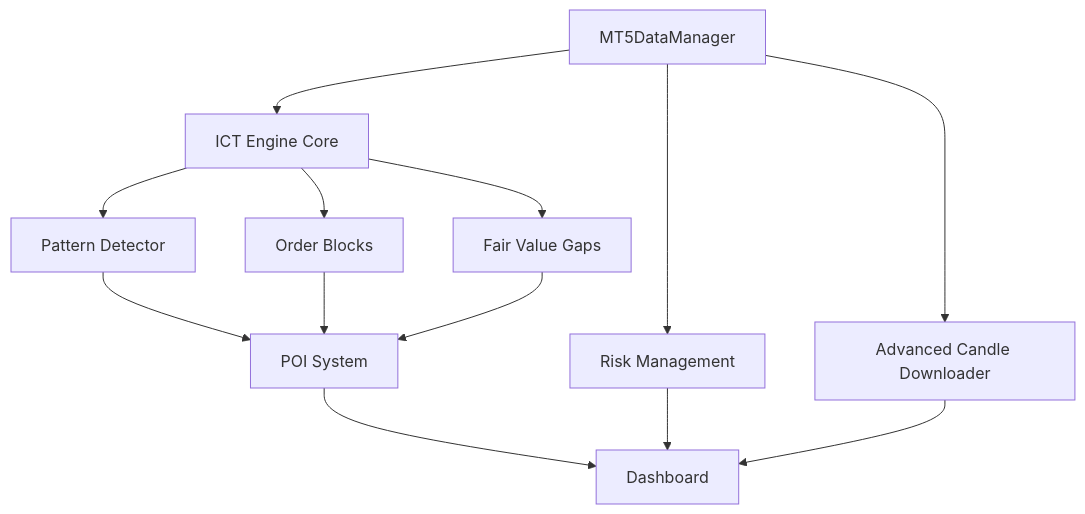
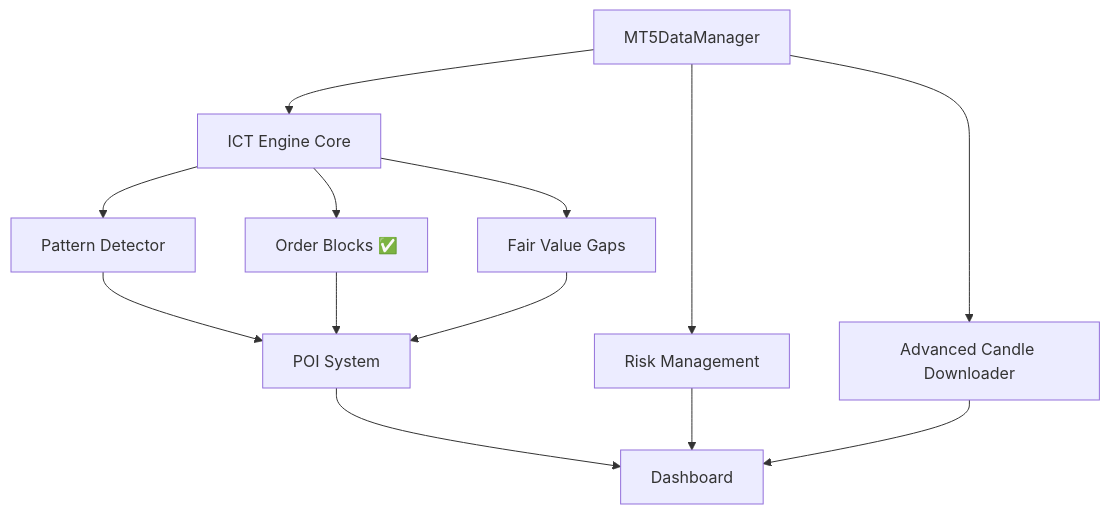
Before and after one commit to vjack666/ict-engine-v5: the diagram in ict-engine-v6.0-enterprise-sic/docs/01-getting-started/README.md, drawn with Mermaid. The commit also changed other lines of this file and 65 other files, not shown here.

````diff
--- a/ict-engine-v6.0-enterprise-sic/docs/01-getting-started/README.md
+++ b/ict-engine-v6.0-enterprise-sic/docs/01-getting-started/README.md
@@ -138,15 +147,15 @@
 ```mermaid
 graph TD
     A[MT5DataManager] --> B[Advanced Candle Downloader]
     A --> C[ICT Engine Core]
     C --> D[Pattern Detector]
-    C --> E[Order Blocks]
+    C --> E[Order Blocks ✅]
     C --> F[Fair Value Gaps]
     D --> G[POI System]
     E --> G
     F --> G
     G --> H[Dashboard]
     A --> I[Risk Management]
     I --> H
     B --> H
 ```
````
